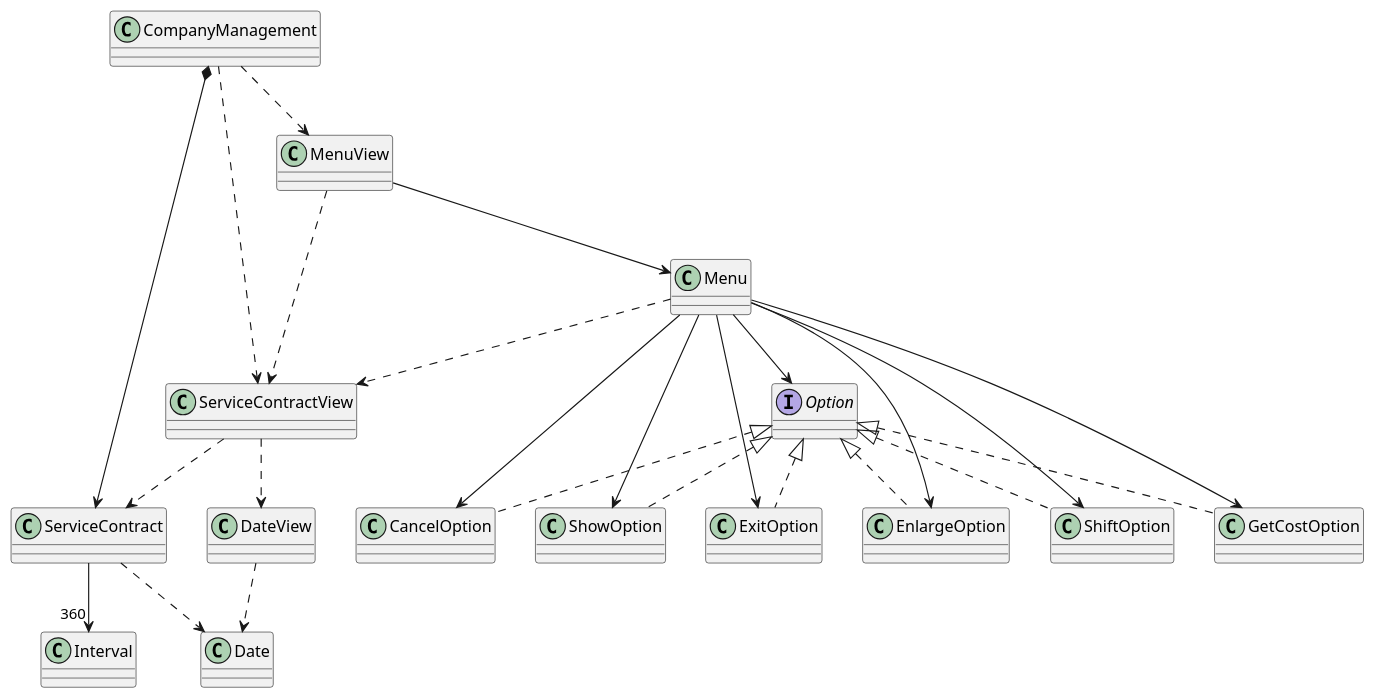
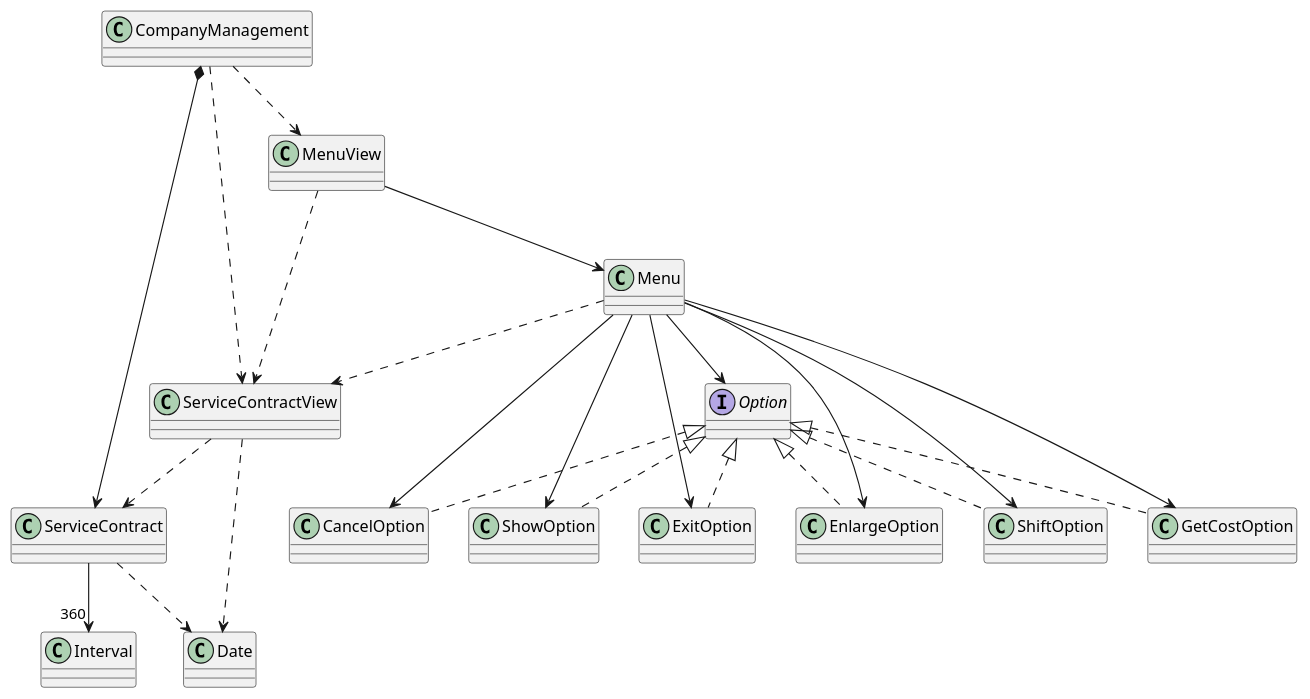
Before and after one commit to USantaTecla-ed-mpds/lab-turing: the diagram in tech-java-basadoObjetos/src/es/usantatecla/companyManagement/UML/ModeloClases.puml, drawn with PlantUML. The commit also changed 4 other files, not shown here.

Commit message:
refactor UML and remove DateView.java

```diff
--- a/tech-java-basadoObjetos/src/es/usantatecla/companyManagement/UML/ModeloClases.puml
+++ b/tech-java-basadoObjetos/src/es/usantatecla/companyManagement/UML/ModeloClases.puml
@@ -1,54 +1,48 @@
-@startuml
+@startuml Diagrama de clases
 class CompanyManagement
 class ServiceContract
 class ServiceContractView
 class MenuView
 class Menu
 class CancelOption
 class ShowOption
 class ExitOption
 class EnlargeOption
 class ShiftOption
 class GetCostOption
 
 class Date
-class DateView
 class Interval
 
 interface Option
-
 
 CompanyManagement *--> ServiceContract
 CompanyManagement ..> ServiceContractView
 CompanyManagement ..> MenuView
 
 ServiceContractView ..> ServiceContract
-ServiceContractView ..> DateView
+ServiceContractView ..> Date
 
 ServiceContract ..> Date
 ServiceContract --> "360" Interval
 
-DateView ..> Date
-
 MenuView --> Menu
 MenuView ..> ServiceContractView
-
 
 Menu ..> ServiceContractView
 Menu --> Option
 Menu --> CancelOption
 Menu --> EnlargeOption
 Menu --> ExitOption
 Menu --> GetCostOption
 Menu --> ShiftOption
 Menu --> ShowOption
 
 Option <|.. CancelOption
 Option <|.. EnlargeOption
 Option <|.. ExitOption
 Option <|.. GetCostOption
 Option <|.. ShiftOption
 Option <|.. ShowOption
 
-
 @enduml
```
